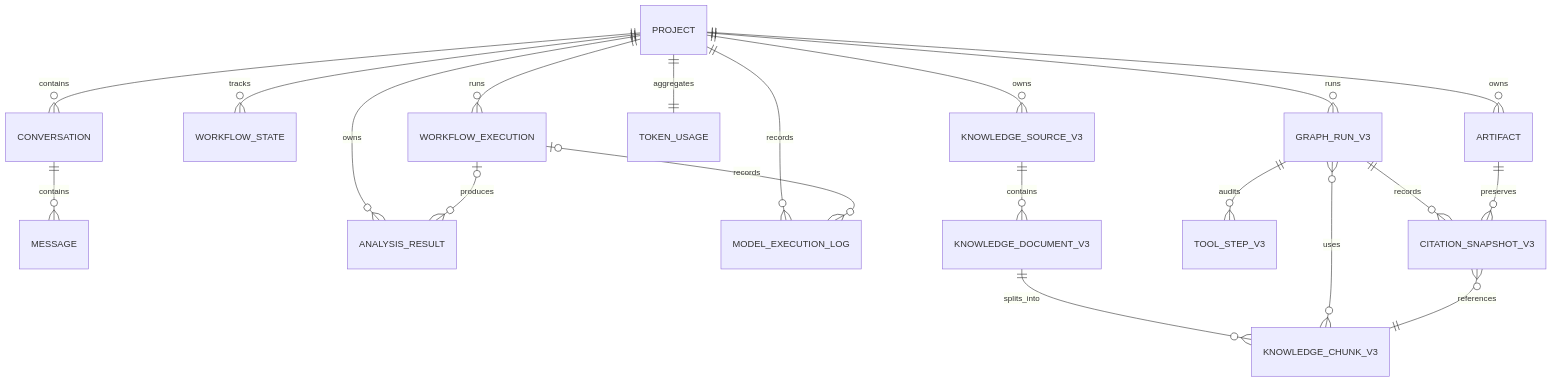
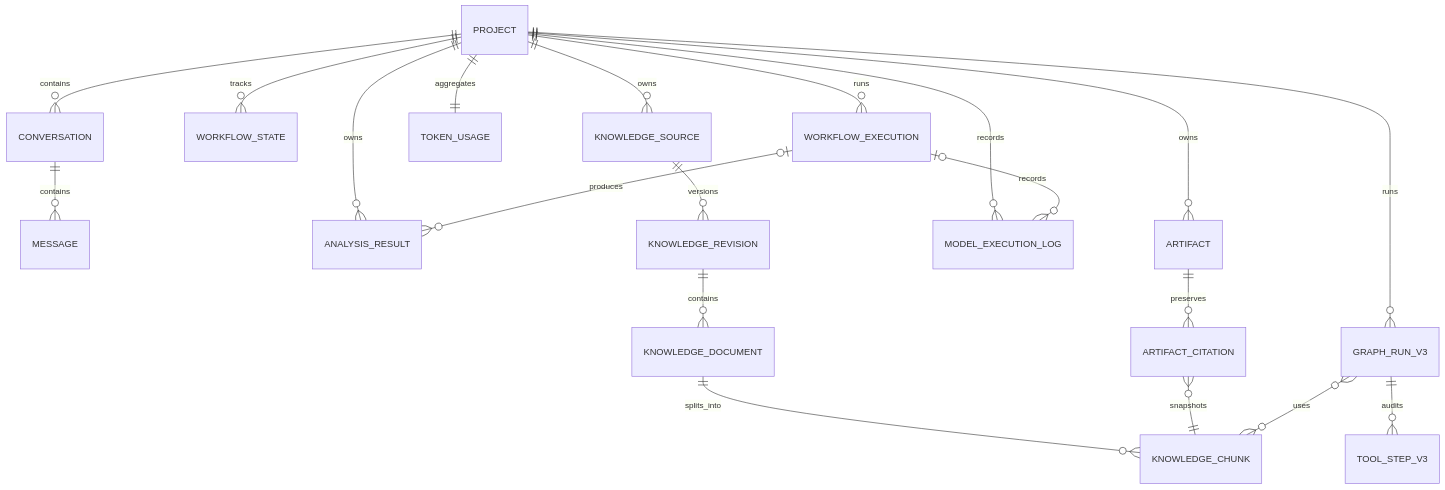
Before and after one commit to MARKX97/ai-software-planning-agent: the third of 3 diagrams in docs/system-design.md, drawn with Mermaid. The commit also changed other lines of this file and 97 other files, not shown here.

````diff
--- a/docs/system-design.md
+++ b/docs/system-design.md
@@ -119,23 +119,23 @@
 ```mermaid
 erDiagram
   PROJECT ||--o{ CONVERSATION : contains
   CONVERSATION ||--o{ MESSAGE : contains
   PROJECT ||--o{ WORKFLOW_STATE : tracks
   PROJECT ||--o{ WORKFLOW_EXECUTION : runs
   PROJECT ||--o{ ANALYSIS_RESULT : owns
   WORKFLOW_EXECUTION o|--o{ ANALYSIS_RESULT : produces
   PROJECT ||--o{ ARTIFACT : owns
   PROJECT ||--o{ MODEL_EXECUTION_LOG : records
   WORKFLOW_EXECUTION o|--o{ MODEL_EXECUTION_LOG : records
   PROJECT ||--|| TOKEN_USAGE : aggregates
 
-  PROJECT ||--o{ KNOWLEDGE_SOURCE_V3 : owns
-  KNOWLEDGE_SOURCE_V3 ||--o{ KNOWLEDGE_DOCUMENT_V3 : contains
-  KNOWLEDGE_DOCUMENT_V3 ||--o{ KNOWLEDGE_CHUNK_V3 : splits_into
+  PROJECT ||--o{ KNOWLEDGE_SOURCE : owns
+  KNOWLEDGE_SOURCE ||--o{ KNOWLEDGE_REVISION : versions
+  KNOWLEDGE_REVISION ||--o{ KNOWLEDGE_DOCUMENT : contains
+  KNOWLEDGE_DOCUMENT ||--o{ KNOWLEDGE_CHUNK : splits_into
+  ARTIFACT ||--o{ ARTIFACT_CITATION : preserves
+  ARTIFACT_CITATION }o--|| KNOWLEDGE_CHUNK : snapshots
   PROJECT ||--o{ GRAPH_RUN_V3 : runs
   GRAPH_RUN_V3 ||--o{ TOOL_STEP_V3 : audits
-  GRAPH_RUN_V3 }o--o{ KNOWLEDGE_CHUNK_V3 : uses
-  GRAPH_RUN_V3 ||--o{ CITATION_SNAPSHOT_V3 : records
-  ARTIFACT ||--o{ CITATION_SNAPSHOT_V3 : preserves
-  CITATION_SNAPSHOT_V3 }o--|| KNOWLEDGE_CHUNK_V3 : references
+  GRAPH_RUN_V3 }o--o{ KNOWLEDGE_CHUNK : uses
 ```
````
